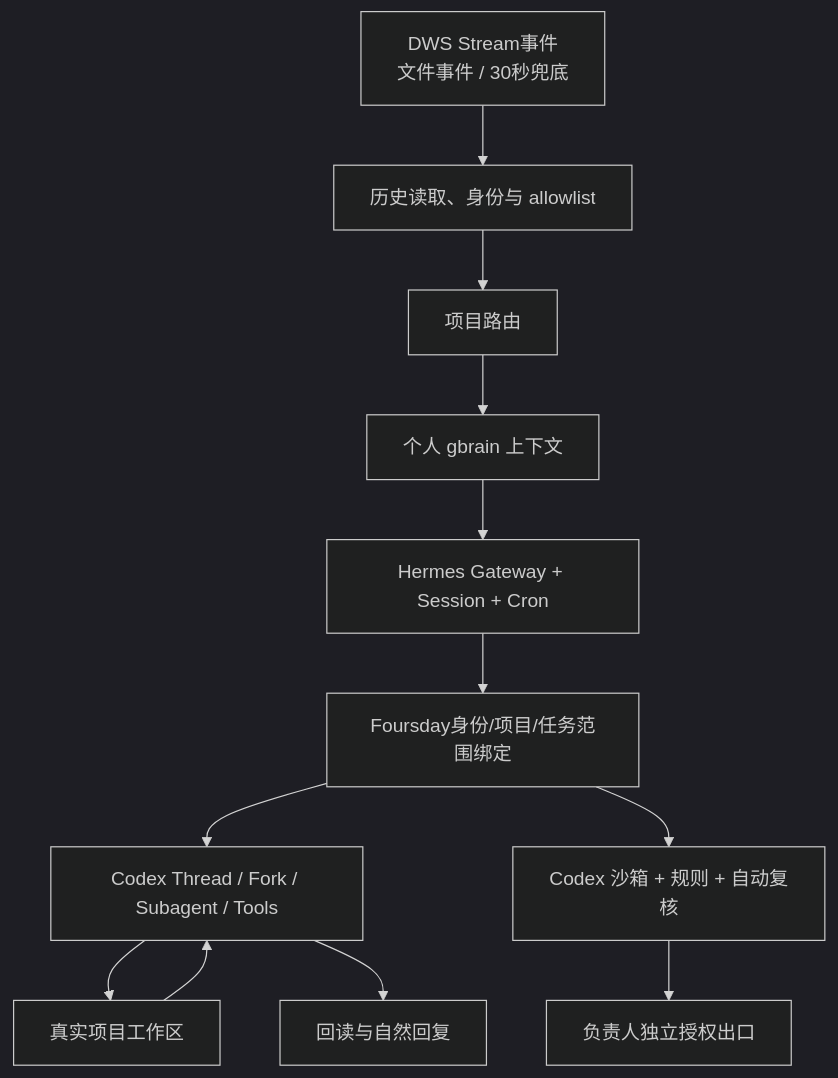
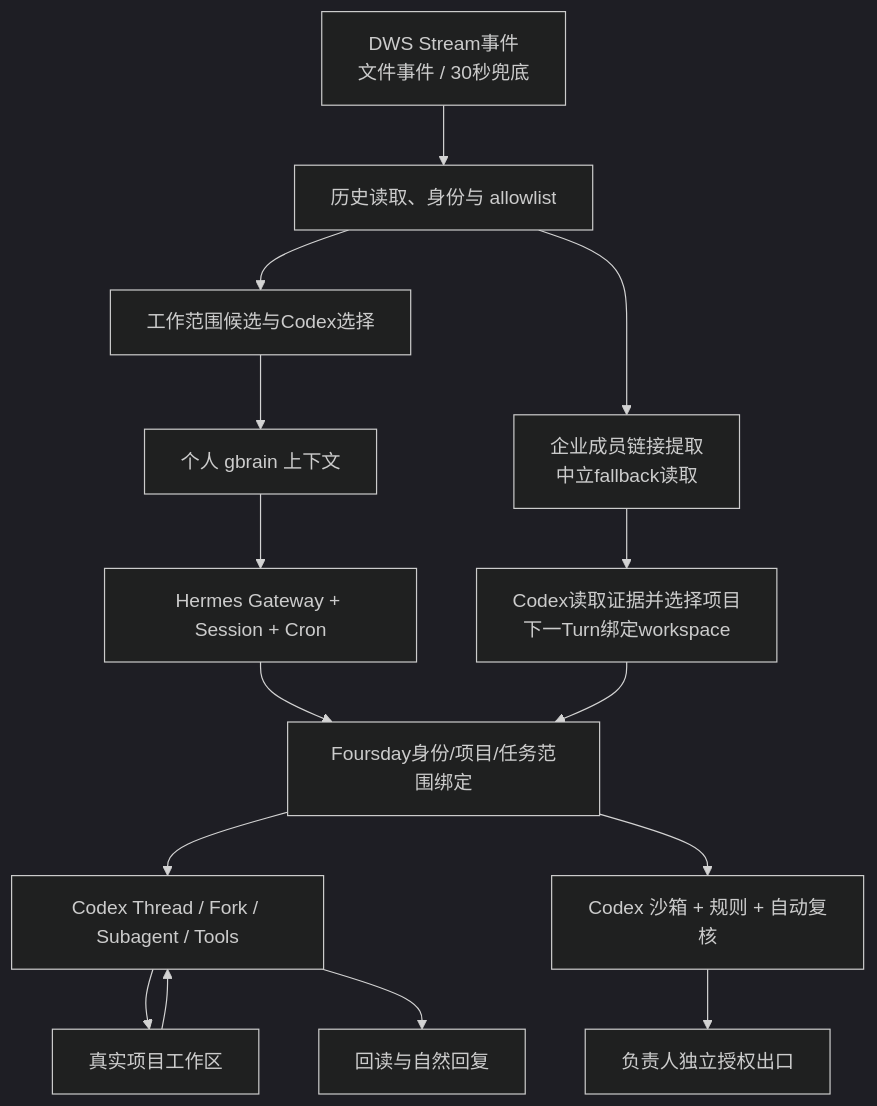
Before and after one commit to ruiwang20010702/foursday: the diagram in docs/设计总览.md, drawn with Mermaid (dark theme). The commit also changed other lines of this file and 55 other files, not shown here.

````diff
--- a/docs/设计总览.md
+++ b/docs/设计总览.md
@@ -15,14 +15,17 @@
 ```mermaid
 flowchart TD
     A["DWS Stream事件<br/>文件事件 / 30秒兜底"] --> B["历史读取、身份与 allowlist"]
-    B --> C["项目路由"]
+    B --> C["工作范围候选与Codex选择"]
+    B --> L["企业成员链接提取<br/>中立fallback读取"]
     C --> D["个人 gbrain 上下文"]
     D --> E["Hermes Gateway + Session + Cron"]
     E --> F["Foursday身份/项目/任务范围绑定"]
+    L --> PSEL["Codex读取证据并选择项目<br/>下一Turn绑定workspace"]
+    PSEL --> F
     F --> K["Codex Thread / Fork / Subagent / Tools"]
     K --> G["真实项目工作区"]
     G --> K
     K --> H["回读与自然回复"]
     F --> I["Codex 沙箱 + 规则 + 自动复核"]
     I --> J["负责人独立授权出口"]
 ```
````
